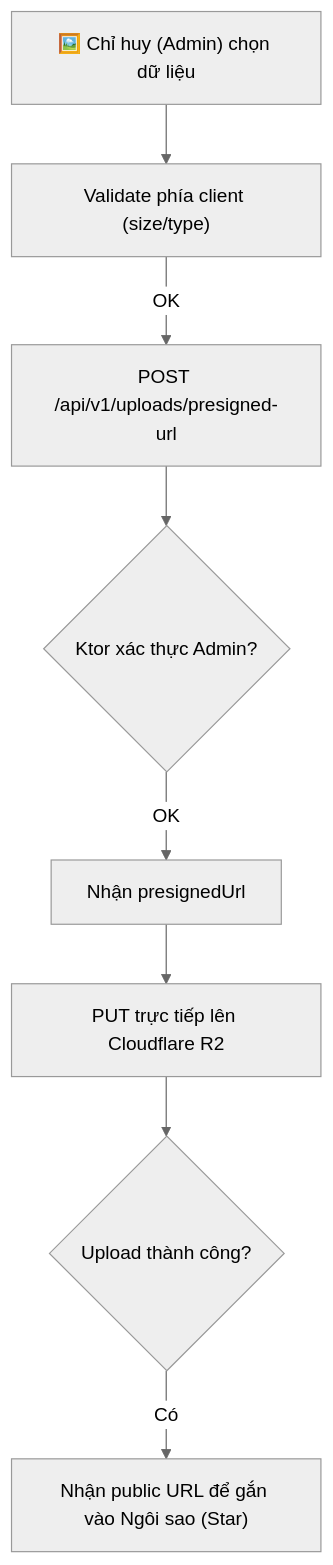
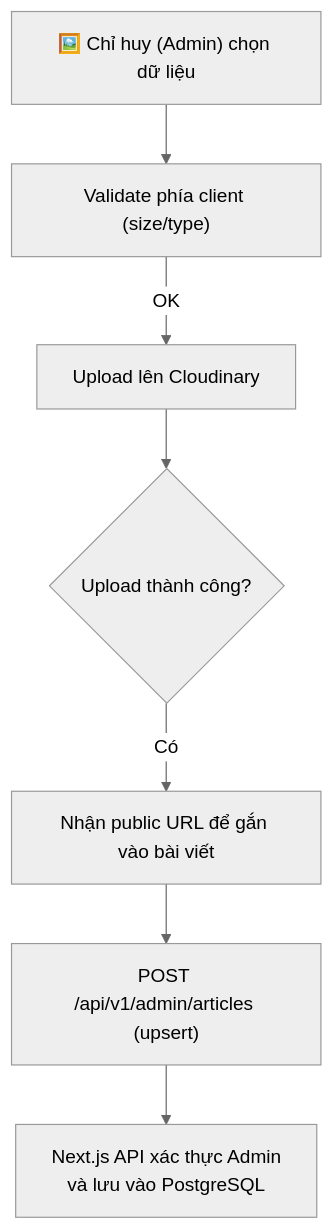
Before and after one commit to iAmHieu2012/Sequoia: the fifth of 5 diagrams in docs/analysis/user-flows.md, drawn with Mermaid (neutral theme). The commit also changed other lines of this file and 14 other files, not shown here.

````diff
--- a/docs/analysis/user-flows.md
+++ b/docs/analysis/user-flows.md
@@ -128,12 +125,10 @@
 ```mermaid
 flowchart TD
     A["🖼️ Chỉ huy (Admin) chọn dữ liệu"] --> B["Validate phía client (size/type)"]
     
-    B -->|"OK"| C["POST /api/v1/uploads/presigned-url"]
-    C --> D{"Ktor xác thực Admin?"}
-    D -->|"OK"| E["Nhận presignedUrl"]
-    
-    E --> F["PUT trực tiếp lên Cloudflare R2"]
-    F --> G{"Upload thành công?"}
-    G -->|"Có"| H["Nhận public URL để gắn vào Ngôi sao (Star)"]
+    B -->|"OK"| C["Upload lên Cloudinary"]
+    C --> D{"Upload thành công?"}
+    D -->|"Có"| E["Nhận public URL để gắn vào bài viết"]
+    E --> F["POST /api/v1/admin/articles (upsert)"]
+    F --> G["Next.js API xác thực Admin<br/>và lưu vào PostgreSQL"]
 ```
````
